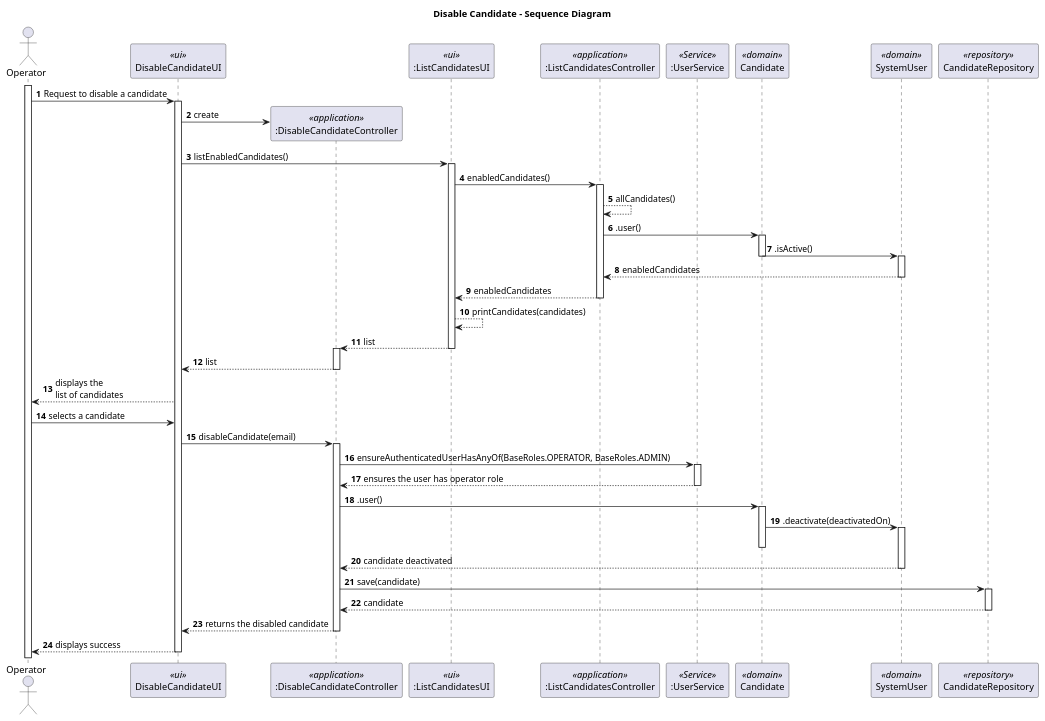
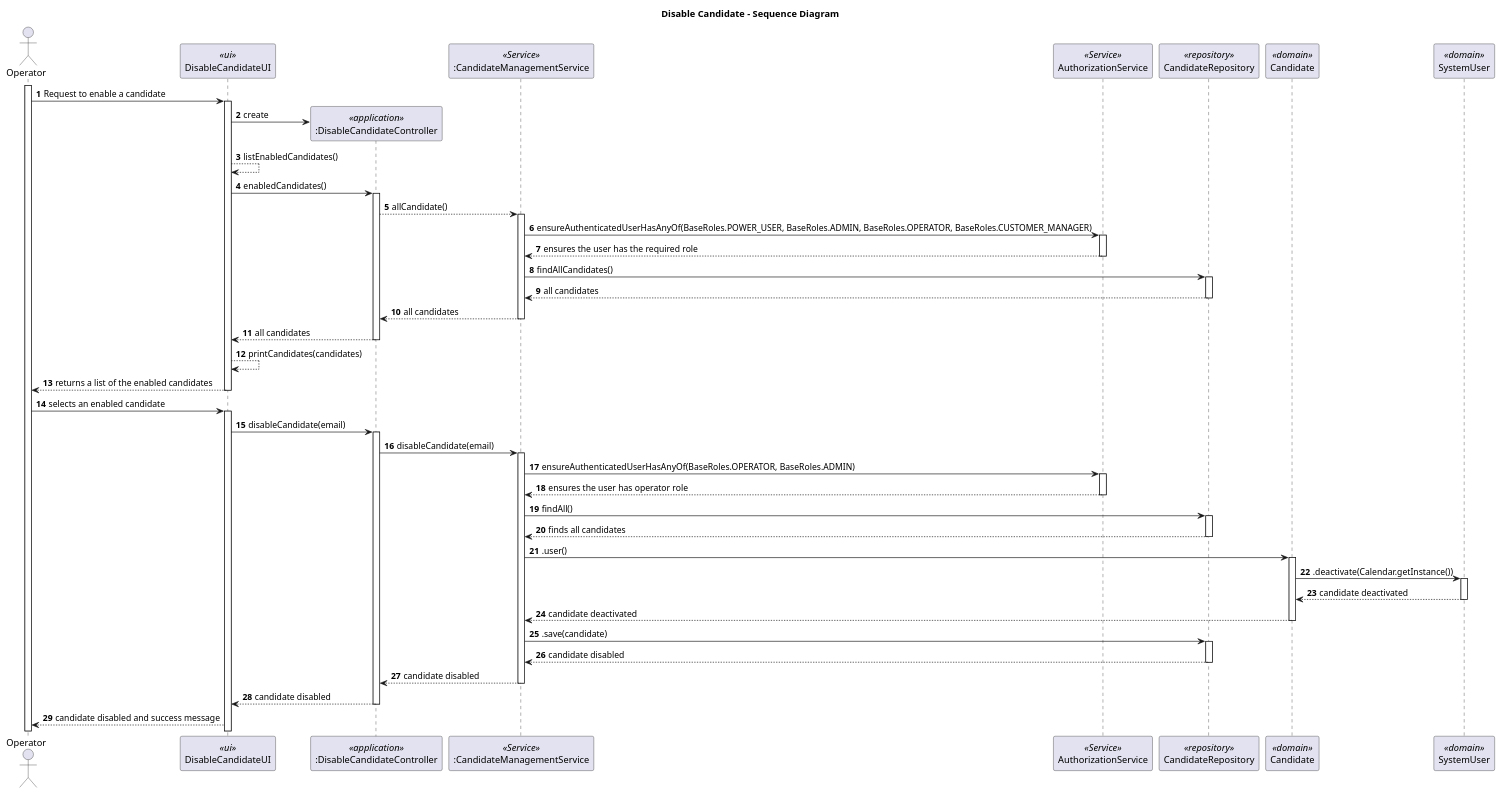
One commit to marcoferreira37/Lapr4 changed the diagram in docs/sprintC/2000b/puml/SD2_DisableCandidate/2000b-sequence-diagram.puml. Above: the diagram before and after it, drawn with PlantUML.

Commit message:
#37 last change in sequence diagram for 200b (disabling a candidate part)

```diff
--- a/docs/sprintC/2000b/puml/SD2_DisableCandidate/2000b-sequence-diagram.puml
+++ b/docs/sprintC/2000b/puml/SD2_DisableCandidate/2000b-sequence-diagram.puml
@@ -1,68 +1,72 @@
 @startuml
 
 title Disable Candidate - Sequence Diagram
 
 autonumber
 actor Operator as ADM
 participant "DisableCandidateUI" as UI <<ui>>
 participant ":DisableCandidateController" as CTRL <<application>>
-participant ":ListCandidatesUI" as LUI <<ui>>
-participant ":ListCandidatesController" as LCTRL <<application>>
-participant ":UserService" as AS <<Service>>
-participant "Candidate" as User <<domain>>
+participant ":CandidateManagementService" as CMS <<Service>>
+participant "AuthorizationService" as AS <<Service>>
+participant "CandidateRepository" as REPO <<repository>>
+participant "Candidate" as EU <<domain>>
 participant "SystemUser" as SYS <<domain>>
-participant "CandidateRepository" as REPO <<repository>>
-
 
 activate ADM
-ADM-> UI : Request to disable a candidate
+ADM-> UI : Request to enable a candidate
 activate UI
 UI -> CTRL** : create
-UI -> LUI: listEnabledCandidates()
+UI --> UI: listEnabledCandidates()
+UI-> CTRL :enabledCandidates()
+activate CTRL
+CTRL-->CMS: allCandidate()
+activate CMS
+CMS->AS: ensureAuthenticatedUserHasAnyOf(BaseRoles.POWER_USER, BaseRoles.ADMIN, BaseRoles.OPERATOR, BaseRoles.CUSTOMER_MANAGER)
+activate AS
+AS-->CMS: ensures the user has the required role
+deactivate AS
+CMS->REPO: findAllCandidates()
+activate REPO
+REPO-->CMS: all candidates
+deactivate REPO
+CMS-->CTRL: all candidates
+deactivate CMS
+CTRL-->UI: all candidates
 deactivate CTRL
-activate LUI
-LUI->LCTRL:enabledCandidates()
-activate LCTRL
-LCTRL-->LCTRL: allCandidates()
-LCTRL-> User: .user()
-activate User
-User-> SYS : .isActive()
-deactivate User
-activate SYS
-SYS-->LCTRL:enabledCandidates
-deactivate SYS
-LCTRL-->LUI:enabledCandidates
-deactivate LCTRL
-LUI-->LUI:printCandidates(candidates)
-LUI-->CTRL: list
-deactivate LUI
-activate CTRL
-CTRL-->UI:list
-deactivate CTRL
-UI --> ADM : displays the \nlist of candidates
-deactivate LUI
-ADM -> UI : selects a candidate
+UI-->UI: printCandidates(candidates)
+UI-->ADM: returns a list of the enabled candidates
+deactivate UI
+ADM -> UI : selects an enabled candidate
+activate UI
 UI -> CTRL : disableCandidate(email)
 activate CTRL
-CTRL-> AS:ensureAuthenticatedUserHasAnyOf(BaseRoles.OPERATOR, BaseRoles.ADMIN)
+CTRL->CMS: disableCandidate(email)
+activate CMS
+CMS->AS:ensureAuthenticatedUserHasAnyOf(BaseRoles.OPERATOR, BaseRoles.ADMIN)
 activate AS
-AS--> CTRL: ensures the user has operator role
+AS--> CMS: ensures the user has operator role
 deactivate AS
-CTRL->User :.user()
-activate User
-User->SYS: .deactivate(deactivatedOn)
+CMS->REPO: findAll()
+activate REPO
+REPO-->CMS: finds all candidates
+deactivate REPO
+CMS->EU:.user()
+activate EU
+EU->SYS:.deactivate(Calendar.getInstance())
 activate SYS
-deactivate User
-SYS--> CTRL: candidate deactivated
+SYS-->EU: candidate deactivated
 deactivate SYS
-CTRL->REPO : save(candidate)
+EU-->CMS: candidate deactivated
+deactivate EU
+CMS->REPO:.save(candidate)
 activate REPO
-REPO--> CTRL: candidate
+REPO-->CMS: candidate disabled
 deactivate REPO
-CTRL --> UI : returns the disabled candidate
+CMS-->CTRL: candidate disabled
+deactivate CMS
+CTRL-->UI: candidate disabled
 deactivate CTRL
-UI --> ADM : displays success
-deactivate UI
+UI-->ADM: candidate disabled and success message
 
 
 @enduml
```
